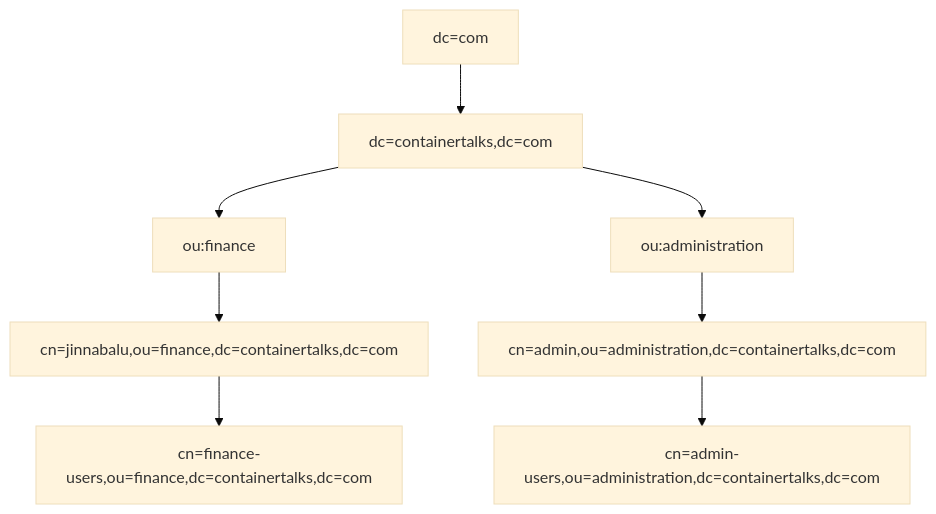
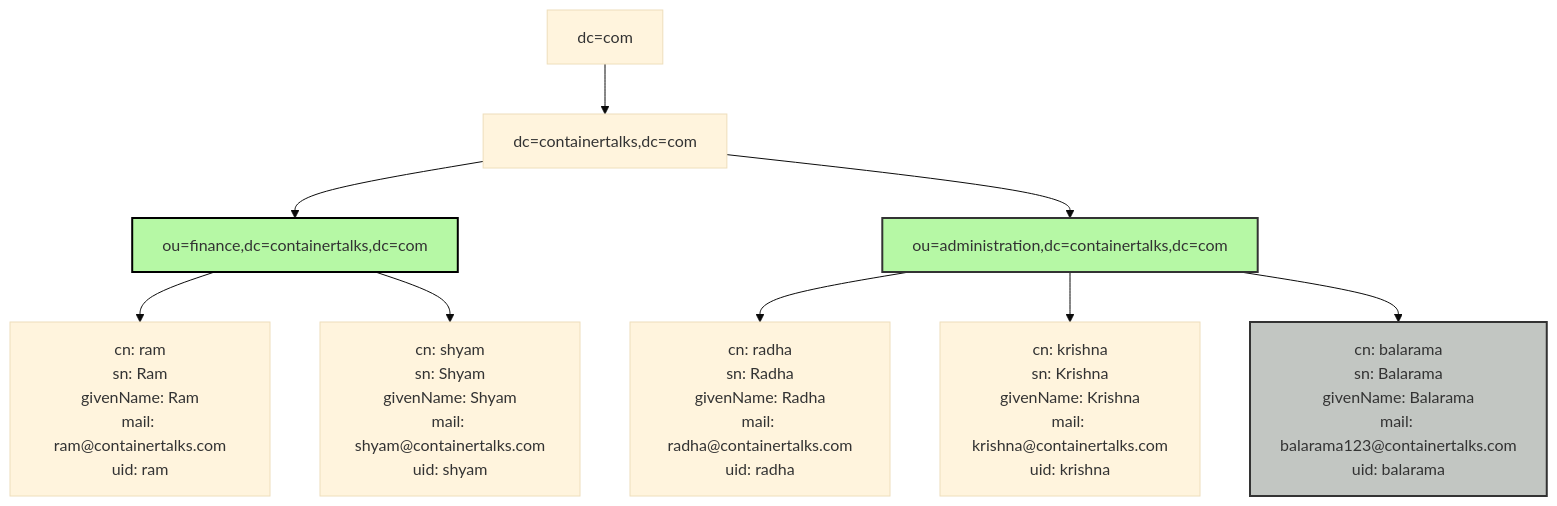
The fourth of 4 diagrams in 3.2.LDAPOperations.md (jinnabaalu/openldap-tutorial), drawn with Mermaid (base theme) before and after one commit. The commit also changed other lines of this file and 6 other files, not shown here.

````diff
--- a/3.2.LDAPOperations.md
+++ b/3.2.LDAPOperations.md
@@ -129,10 +105,14 @@
 ```mermaid
 flowchart TD
     A[dc=com] --> B[dc=containertalks,dc=com]
-    B --> C[ou:finance]
-    B --> D[ou:administration]
-    C --> E[cn=jinnabalu,ou=finance,dc=containertalks,dc=com]
-    D --> F[cn=admin,ou=administration,dc=containertalks,dc=com]
-    E --> G[cn=finance-users,ou=finance,dc=containertalks,dc=com]
-    F --> H[cn=admin-users,ou=administration,dc=containertalks,dc=com]
+    B --> C[ou=finance,dc=containertalks,dc=com]
+    B --> D[ou=administration,dc=containertalks,dc=com]
+    C --> E[cn: ram<br>sn: Ram<br>givenName: Ram<br>mail: ram@containertalks.com<br>uid: ram]
+    C --> F[cn: shyam<br>sn: Shyam<br>givenName: Shyam<br>mail: shyam@containertalks.com<br>uid: shyam]
+    D --> G[cn: radha<br>sn: Radha<br>givenName: Radha<br>mail: radha@containertalks.com<br>uid: radha]
+    D --> H[cn: krishna<br>sn: Krishna<br>givenName: Krishna<br>mail: krishna@containertalks.com<br>uid: krishna]
+    D --> I[cn: balarama<br>sn: Balarama<br>givenName: Balarama<br>mail: balarama123@containertalks.com<br>uid: balarama]
+    style C fill:#b6f8a5,stroke:#000,stroke-width:2px
+    style D fill:#b6f8a5,stroke:#333,stroke-width:2px
+    style I fill:#c2c6c2,stroke:#333,stroke-width:2px
 ```
````
